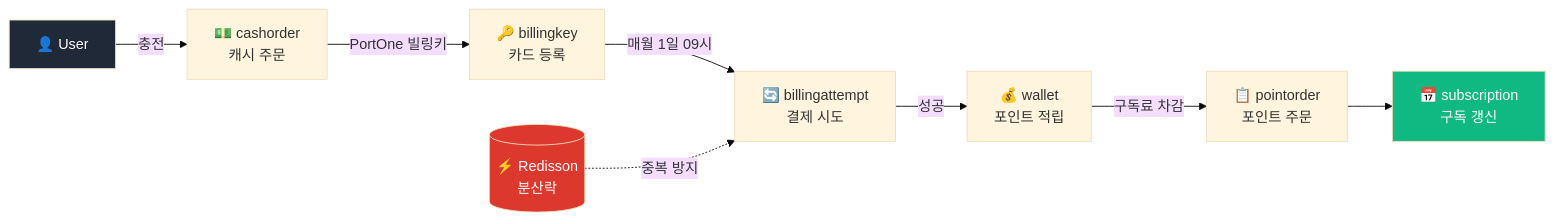
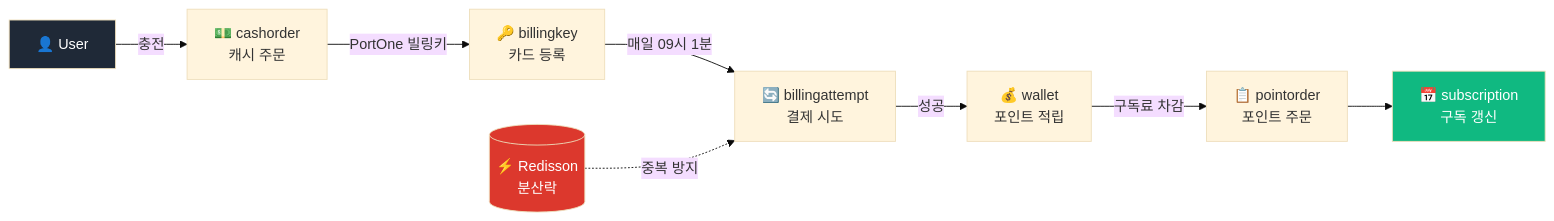
Before and after one commit to fivefy/fivefy: the ninth of 16 diagrams in README.md, drawn with Mermaid (base theme). The commit also changed other lines of this file and 10 other files, not shown here.

````diff
--- a/README.md
+++ b/README.md
@@ -451,15 +451,15 @@
 ```mermaid
 graph LR
     User["👤 User"] -->|충전| CashOrder["💵 cashorder<br/>캐시 주문"]
     CashOrder -->|PortOne 빌링키| BillingKey["🔑 billingkey<br/>카드 등록"]
-    BillingKey -->|매월 1일 09시| BillingAttempt["🔄 billingattempt<br/>결제 시도"]
+    BillingKey -->|매일 09시 1분| BillingAttempt["🔄 billingattempt<br/>결제 시도"]
     BillingAttempt -->|성공| Wallet["💰 wallet<br/>포인트 적립"]
     Wallet -->|구독료 차감| PointOrder["📋 pointorder<br/>포인트 주문"]
     PointOrder --> Subscription["📅 subscription<br/>구독 갱신"]
  
     Redis[("⚡ Redisson<br/>분산락")] -.->|중복 방지| BillingAttempt
  
     style User fill:#1F2937,color:#fff
     style Subscription fill:#10B981,color:#fff
     style Redis fill:#DC382D,color:#fff
 ```
````
